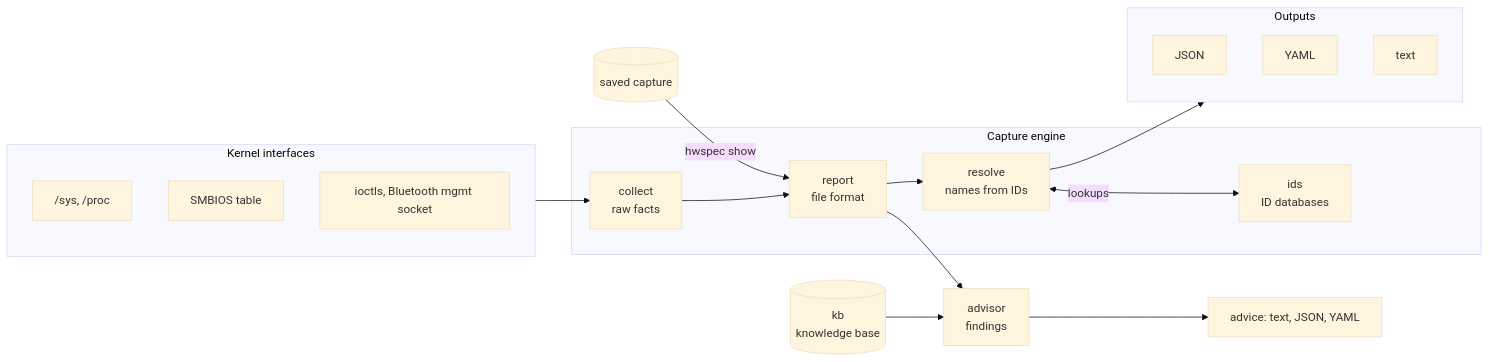
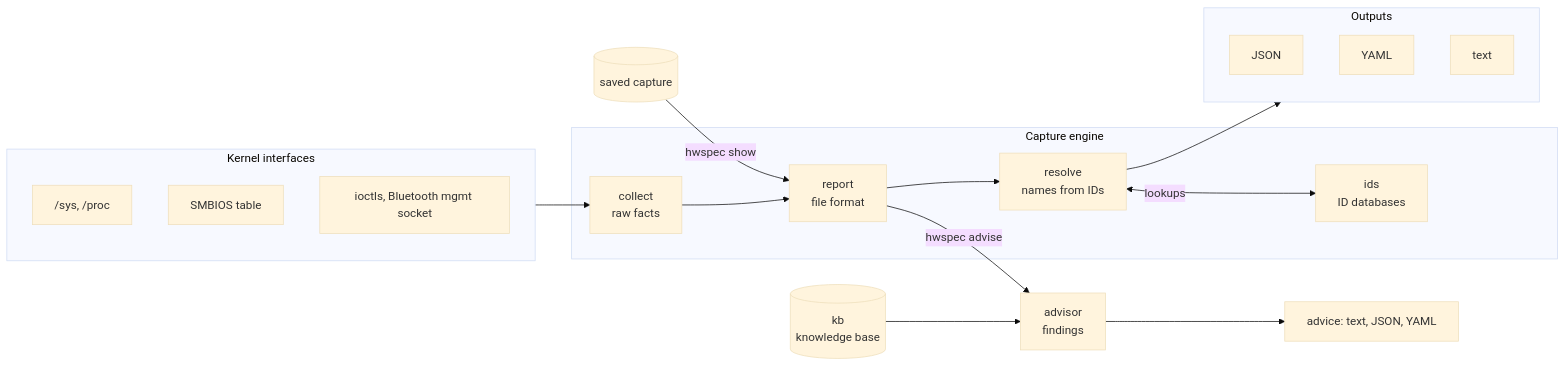
Before and after one commit to jiegui2025/hwspec: the first of 3 diagrams in ARCHITECTURE.md, drawn with Mermaid (base theme). The commit also changed other lines of this file and 5 other files, not shown here.

````diff
--- a/ARCHITECTURE.md
+++ b/ARCHITECTURE.md
@@ -7,25 +7,25 @@
 ```mermaid
 flowchart LR
   subgraph kernel["Kernel interfaces"]
     sys["/sys, /proc"]
     smb[SMBIOS table]
     io["ioctls, Bluetooth mgmt socket"]
   end
   subgraph engine["Capture engine"]
     collect["collect<br/>raw facts"]
     report["report<br/>file format"]
     resolve["resolve<br/>names from IDs"]
     ids["ids<br/>ID databases"]
   end
   subgraph out["Outputs"]
     json[JSON]
     yaml[YAML]
     text[text]
   end
   saved[(saved capture)] -->|hwspec show| report
   kernel --> collect --> report --> resolve --> out
   resolve <-->|lookups| ids
-  report --> advisor["advisor<br/>findings"]
+  report -->|hwspec advise| advisor["advisor<br/>findings"]
   kb[("kb<br/>knowledge base")] --> advisor
   advisor --> advice["advice: text, JSON, YAML"]
 ```
````
